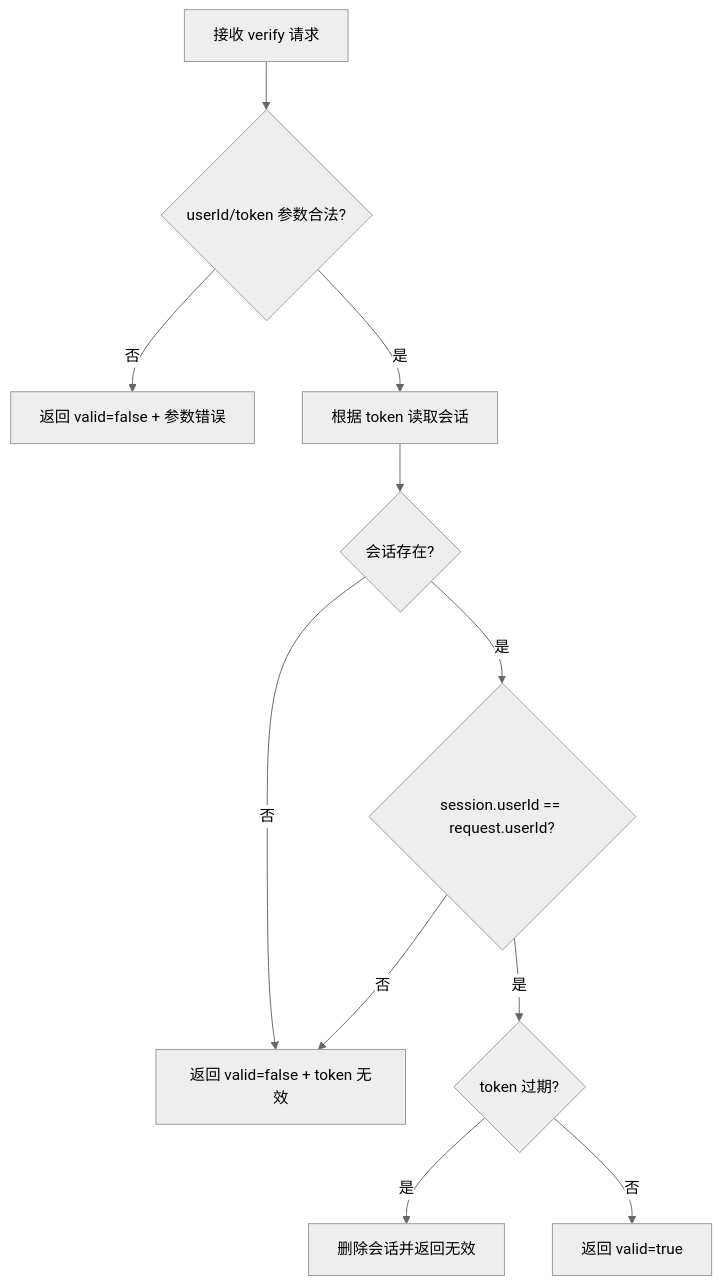
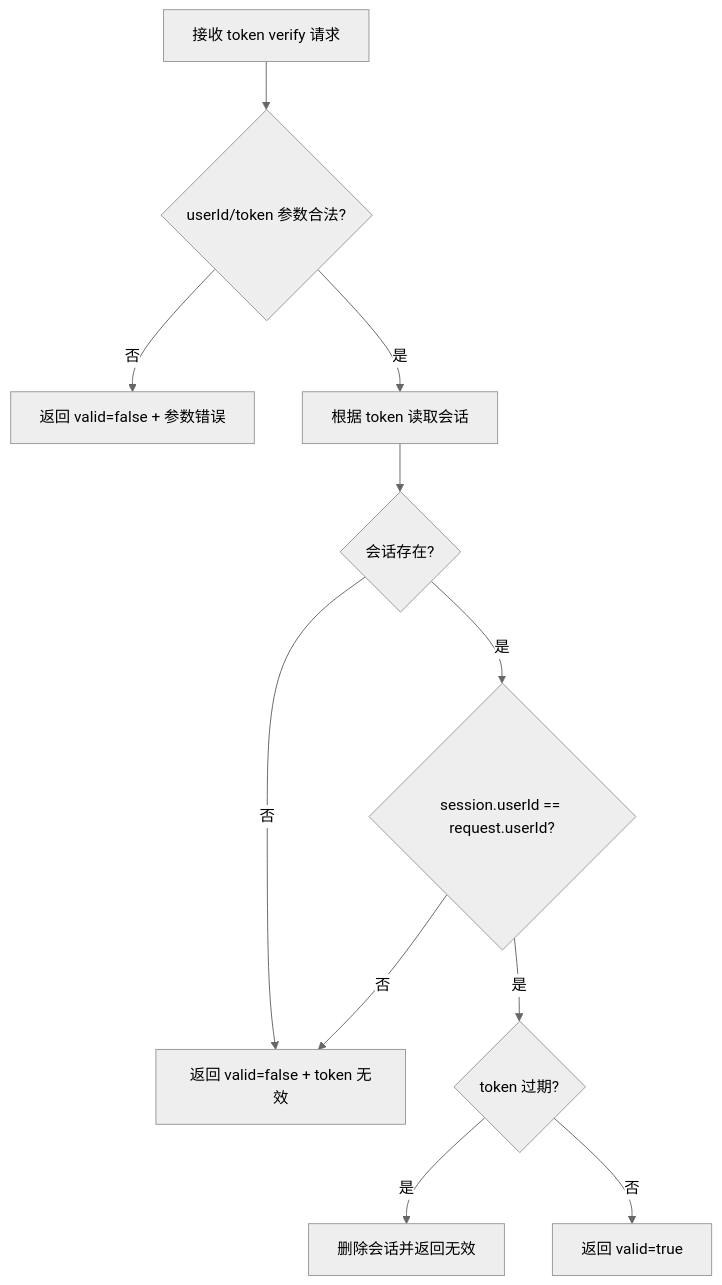
One commit to nangong918/magic-vector changed the sixth of 9 diagrams in springboot/docs/SpringBootDesignDocument.md. Above: the diagram before and after it, drawn with Mermaid (neutral theme). The commit also changed other lines of this file and 18 other files, not shown here.

````diff
--- a/springboot/docs/SpringBootDesignDocument.md
+++ b/springboot/docs/SpringBootDesignDocument.md
@@ -97,13 +134,13 @@
 ```mermaid
 flowchart TD
-    A[接收 verify 请求] --> B{userId/token 参数合法?}
+    A[接收 token verify 请求] --> B{userId/token 参数合法?}
     B -- 否 --> C[返回 valid=false + 参数错误]
     B -- 是 --> D[根据 token 读取会话]
     D --> E{会话存在?}
     E -- 否 --> F[返回 valid=false + token 无效]
     E -- 是 --> G{session.userId == request.userId?}
     G -- 否 --> F
     G -- 是 --> H{token 过期?}
     H -- 是 --> I[删除会话并返回无效]
     H -- 否 --> J[返回 valid=true]
 ```
````
